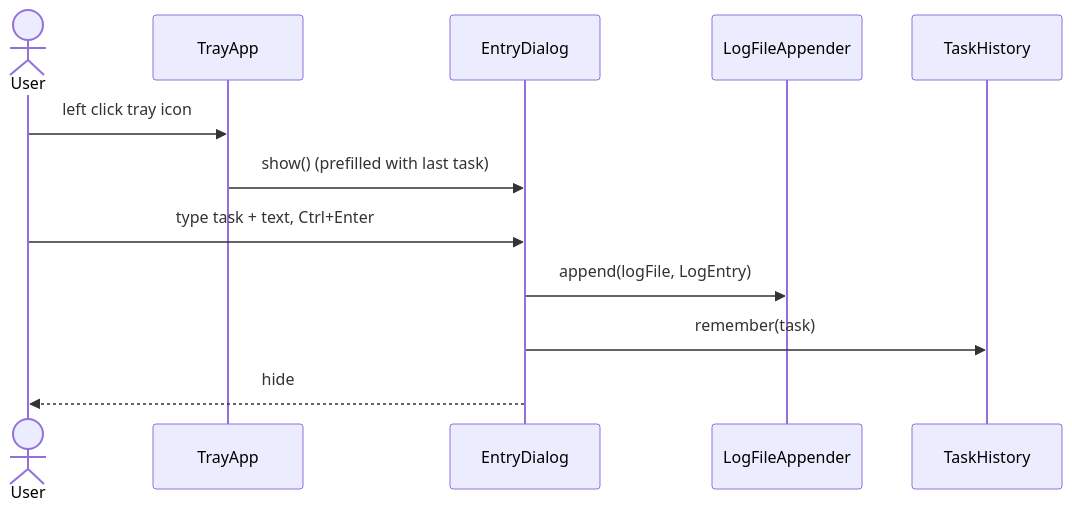
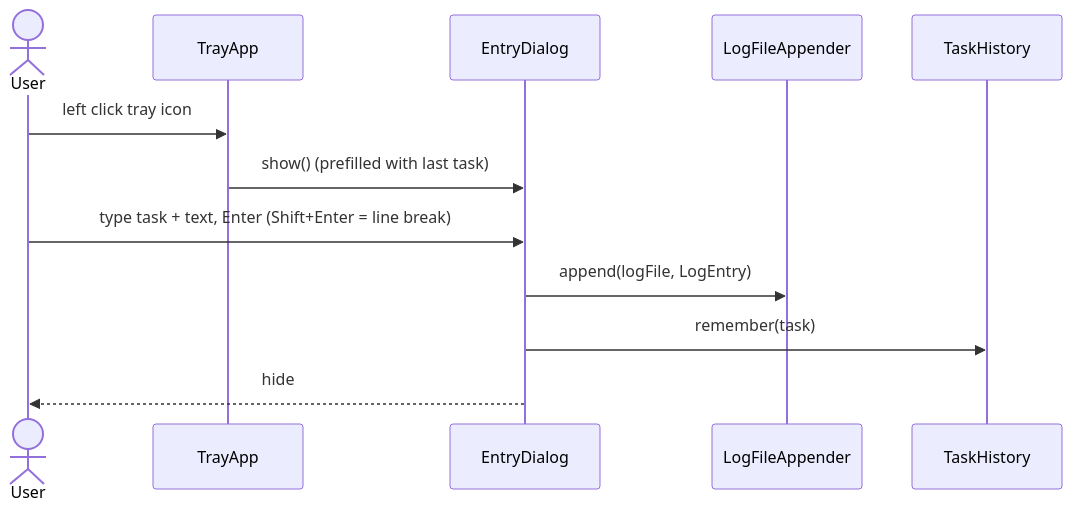
One commit to beothorn/daylog changed the diagram in Docs_technical/architecture.md. Above: the diagram before and after it, drawn with Mermaid. The commit also changed other lines of this file and 10 other files, not shown here.

````diff
--- a/Docs_technical/architecture.md
+++ b/Docs_technical/architecture.md
@@ -45,14 +45,14 @@
 ```mermaid
 sequenceDiagram
   actor U as User
   participant T as TrayApp
   participant D as EntryDialog
   participant A as LogFileAppender
   participant H as TaskHistory
   U->>T: left click tray icon
   T->>D: show() (prefilled with last task)
-  U->>D: type task + text, Ctrl+Enter
+  U->>D: type task + text, Enter (Shift+Enter = line break)
   D->>A: append(logFile, LogEntry)
   D->>H: remember(task)
   D-->>U: hide
 ```
````
